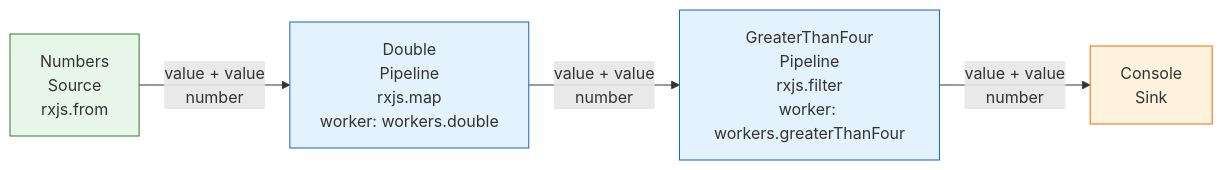
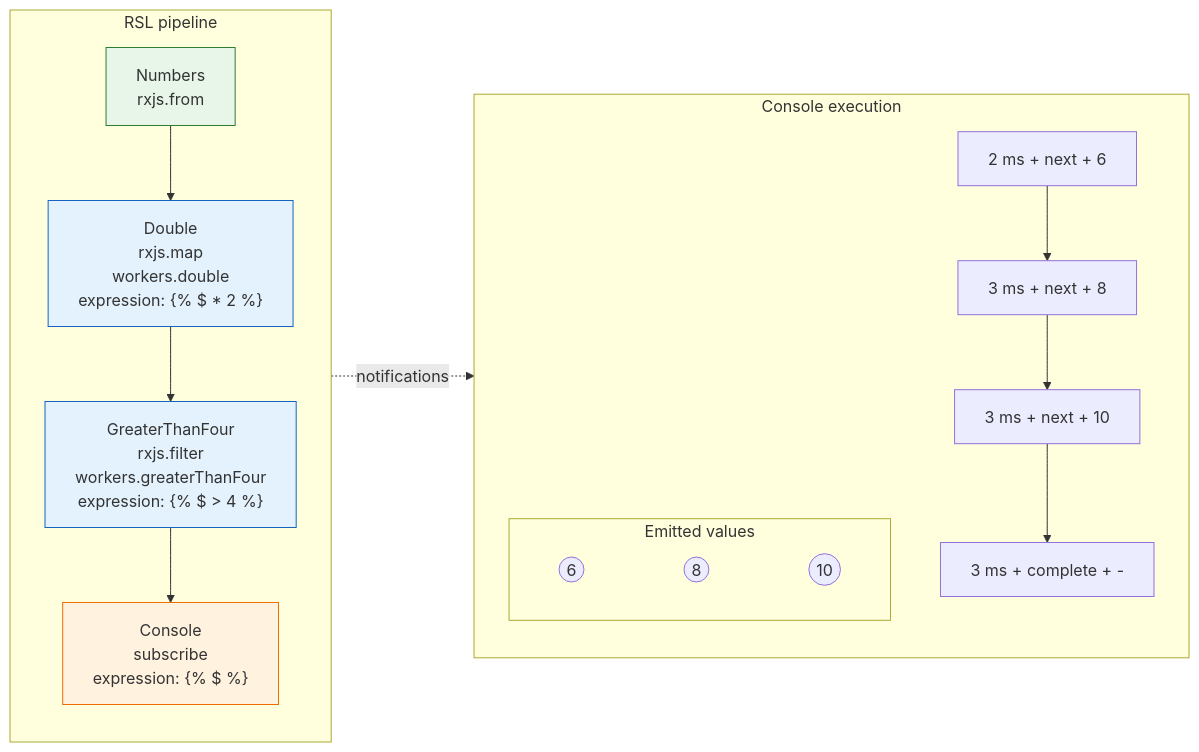
Before and after one commit to hansschenker/rxjs-rsl-gpt: the second of 2 diagrams in README.md, drawn with Mermaid. The commit also changed other lines of this file and 13 other files, not shown here.

Commit message:
feat: visualize RSL execution timelines

````diff
--- a/README.md
+++ b/README.md
@@ -257,17 +257,36 @@
 ```mermaid
 flowchart LR
-  n0["Console<br/>Sink"]
-  n1["Double<br/>Pipeline<br/>rxjs.map<br/>worker: workers.double"]
-  n2["GreaterThanFour<br/>Pipeline<br/>rxjs.filter<br/>worker: workers.greaterThanFour"]
-  n3["Numbers<br/>Source<br/>rxjs.from"]
-  n1 -->|"value + value<br/>number"| n2
-  n2 -->|"value + value<br/>number"| n0
-  n3 -->|"value + value<br/>number"| n1
-  class n0 sink
-  class n1 pipeline
-  class n2 pipeline
-  class n3 source
+  subgraph pipeline["RSL pipeline"]
+    direction TB
+    p0["Numbers<br/>rxjs.from"]
+    p1["Double<br/>rxjs.map<br/>workers.double<br/>expression: {% $ * 2 %}"]
+    p2["GreaterThanFour<br/>rxjs.filter<br/>workers.greaterThanFour<br/>expression: {% $ &gt; 4 %}"]
+    p3["Console<br/>subscribe<br/>expression: {% $ %}"]
+    p0 --> p1
+    p1 --> p2
+    p2 --> p3
+  end
+  subgraph execution["Console execution"]
+    direction TB
+    subgraph emitted["Emitted values"]
+      direction LR
+      v0(("6"))
+      v1(("8"))
+      v2(("10"))
+      v0 ~~~ v1 ~~~ v2
+    end
+    e0["2 ms + next + 6"]
+    e1["3 ms + next + 8"]
+    e2["3 ms + next + 10"]
+    e3["3 ms + complete + -"]
+    e0 --> e1 --> e2 --> e3
+  end
+  p3 -. notifications .-> e0
   classDef source fill:#e8f5e9,stroke:#2e7d32
-  classDef pipeline fill:#e3f2fd,stroke:#1565c0
+  classDef pipelineNode fill:#e3f2fd,stroke:#1565c0
   classDef sink fill:#fff3e0,stroke:#ef6c00
+  class p0 source
+  class p1 pipelineNode
+  class p2 pipelineNode
+  class p3 sink
 ```
````
